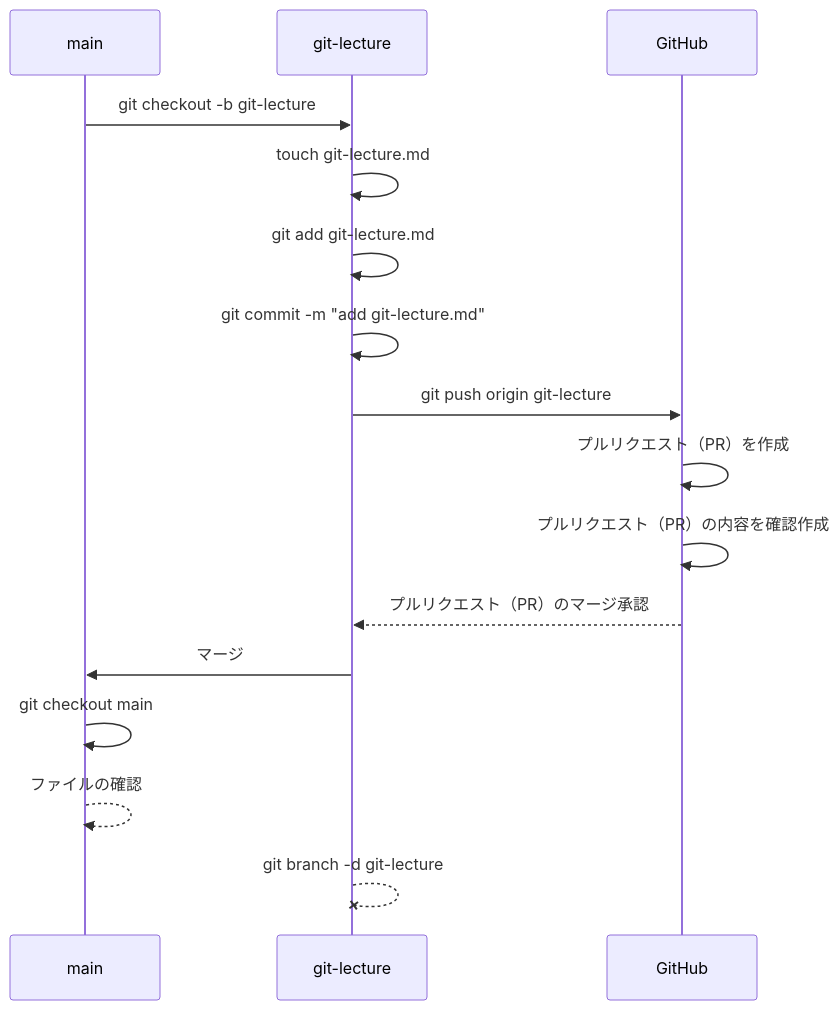
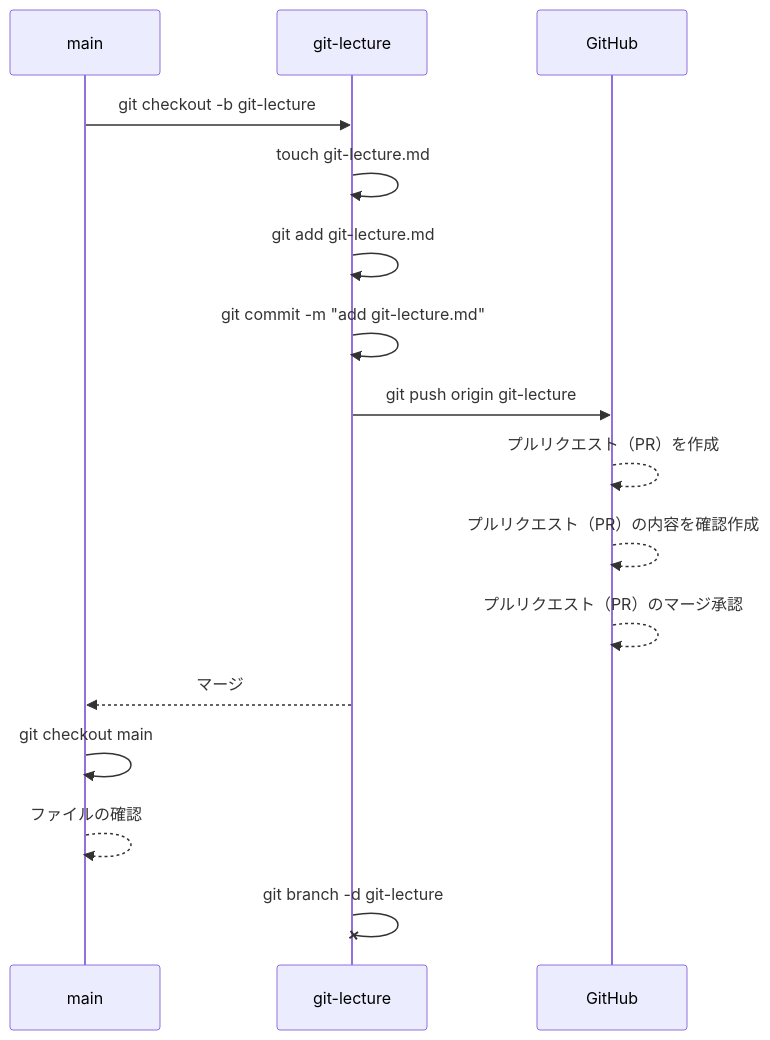
One commit to MasatoshiMizumoto/raisetech_documents changed diagram 11 of 11 in aws/docs/git_lecture.md. Above: the diagram before and after it, drawn with Mermaid. The commit also changed other lines of this file, not shown here.

````diff
--- a/aws/docs/git_lecture.md
+++ b/aws/docs/git_lecture.md
@@ -259,18 +266,18 @@
 ```mermaid
 sequenceDiagram
   participant A as main
   participant B as git-lecture
   participant C as GitHub
   A->>B: git checkout -b git-lecture
   B->>B: touch git-lecture.md
   B->>B: git add git-lecture.md
   B->>B: git commit -m "add git-lecture.md"
   B->>C: git push origin git-lecture
-  C->>C: プルリクエスト（PR）を作成
-  C->>C: プルリクエスト（PR）の内容を確認作成
-  C-->>B: プルリクエスト（PR）のマージ承認
-  B->>A: マージ
+  C-->>C: プルリクエスト（PR）を作成
+  C-->>C: プルリクエスト（PR）の内容を確認作成
+  C-->>C: プルリクエスト（PR）のマージ承認
+  B-->>A: マージ
   A->>A: git checkout main
   A-->>A: ファイルの確認
-  B--xB: git branch -d git-lecture
+  B-xB: git branch -d git-lecture
 ```
````
